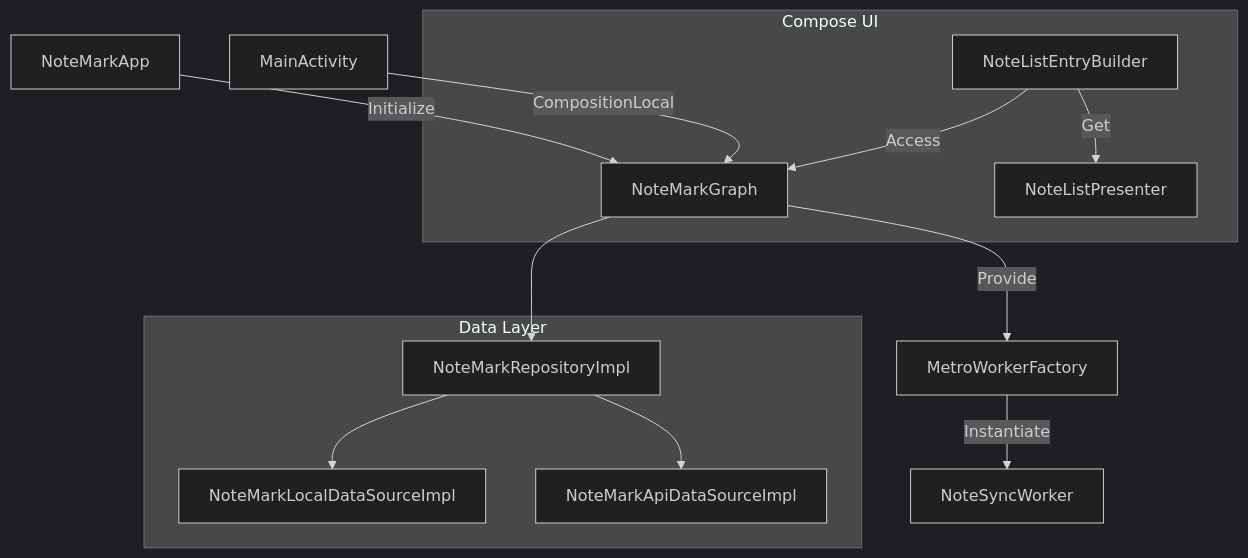
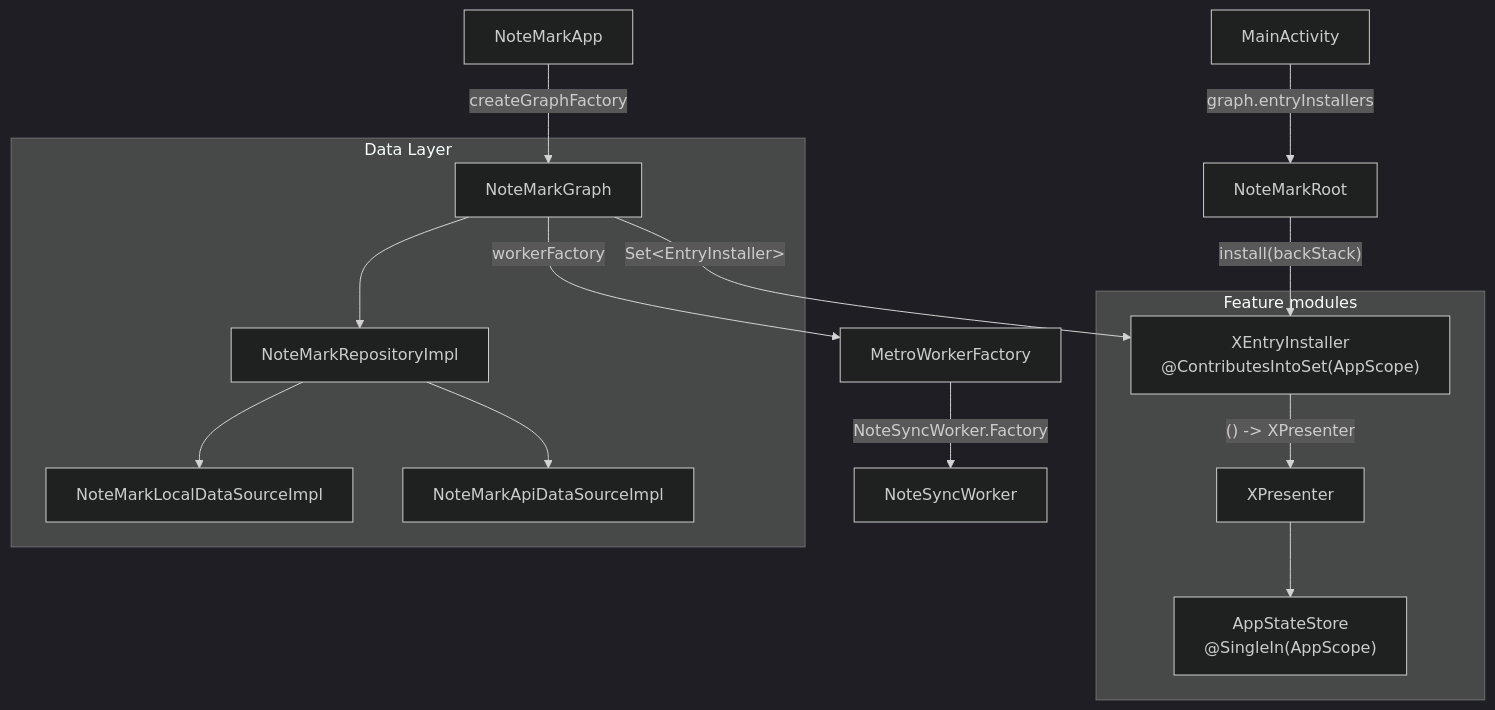
Before and after one commit to DhimanDasgupta/NoteMark: the diagram in .junie/plans/migrate-koin-to-metro.md, drawn with Mermaid (dark theme). The commit also changed other lines of this file and 6 other files, not shown here.

Commit message:
Refactor: Replace Metro `Provider` with function providers in feature `EntryInstaller` classes and update the DI migration plan.

````diff
--- a/.junie/plans/migrate-koin-to-metro.md
+++ b/.junie/plans/migrate-koin-to-metro.md
@@ -50,19 +108,22 @@
 ```mermaid
 graph TD
-    App[NoteMarkApp] -->|Initialize| Graph[NoteMarkGraph]
-    Graph -->|Provide| WorkerFactory[MetroWorkerFactory]
-    WorkerFactory -->|Instantiate| Worker[NoteSyncWorker]
-    
-    MainActivity -->|CompositionLocal| Graph
-    
-    subgraph Compose UI
-        EntryBuilder[NoteListEntryBuilder] -->|Access| Graph
-        EntryBuilder -->|Get| Presenter[NoteListPresenter]
+    App[NoteMarkApp] -->|createGraphFactory| Graph[NoteMarkGraph]
+    Graph -->|workerFactory| WorkerFactory[MetroWorkerFactory]
+    WorkerFactory -->|NoteSyncWorker.Factory| Worker[NoteSyncWorker]
+
+    MainActivity -->|graph.entryInstallers| Root[NoteMarkRoot]
+
+    subgraph Feature modules
+        Installer["XEntryInstaller<br/>@ContributesIntoSet(AppScope)"] -->|"() -> XPresenter"| Presenter[XPresenter]
+        Presenter --> Store["AppStateStore<br/>@SingleIn(AppScope)"]
     end
-    
+
+    Graph -->|"Set&lt;EntryInstaller&gt;"| Installer
+    Root -->|"install(backStack)"| Installer
+
     subgraph Data Layer
         Graph --> Repository[NoteMarkRepositoryImpl]
         Repository --> LocalDS[NoteMarkLocalDataSourceImpl]
         Repository --> RemoteDS[NoteMarkApiDataSourceImpl]
     end
 ```
````
